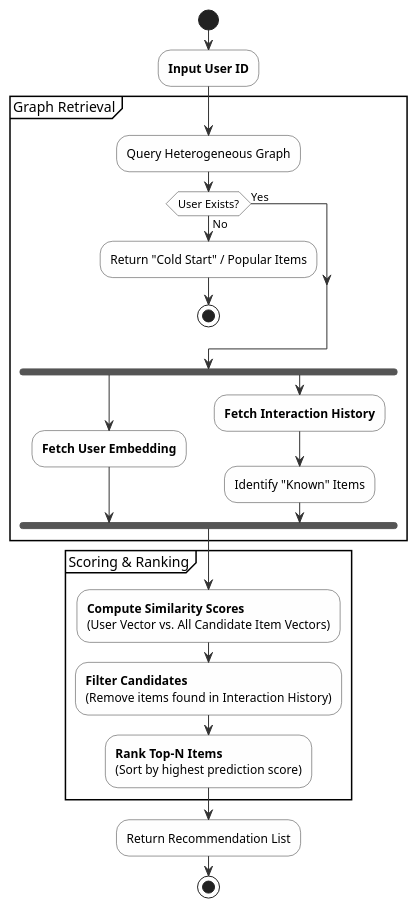
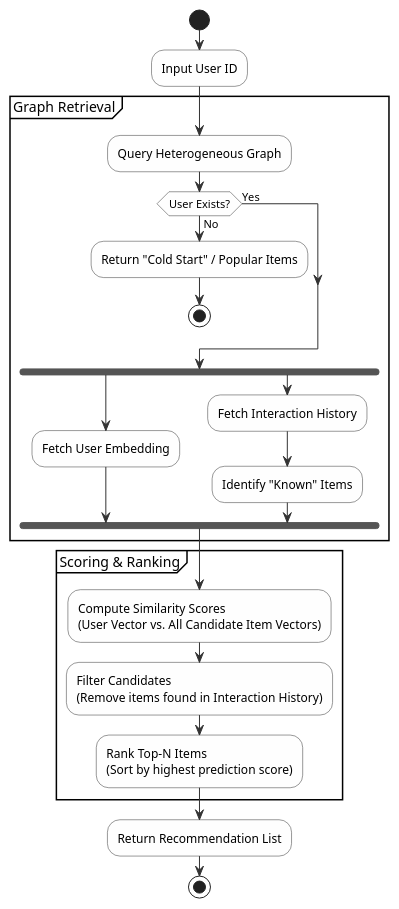
The diagram in docs/Milestone 4/inference.plantuml (markopolo139/Generic-Recommender-Semantics-Put), drawn with PlantUML before and after one commit. The commit also changed 1 other file, not shown here.

Commit message:
remove bold text from UML diagrams

```diff
--- a/docs/Milestone 4/inference.plantuml
+++ b/docs/Milestone 4/inference.plantuml
@@ -1,44 +1,44 @@
 @startuml
 skinparam backgroundColor white
 skinparam activity {
   BackgroundColor #FEFEFE
   BorderColor #333333
   ArrowColor #333333
 }
 
 start
 
-:<b>Input User ID</b>;
+:Input User ID;
 
 partition "Graph Retrieval" {
     :Query Heterogeneous Graph;
     
     if (User Exists?) then (No)
         :Return "Cold Start" / Popular Items;
         stop
     else (Yes)
     endif
     
     fork
-        :<b>Fetch User Embedding</b>;
+        :Fetch User Embedding;
     fork again
-        :<b>Fetch Interaction History</b>;
+        :Fetch Interaction History;
         :Identify "Known" Items;
     end fork
 }
 
 partition "Scoring & Ranking" {
-    :<b>Compute Similarity Scores</b>
+    :Compute Similarity Scores
     (User Vector vs. All Candidate Item Vectors);
     
-    :<b>Filter Candidates</b>
+    :Filter Candidates
     (Remove items found in Interaction History);
     
-    :<b>Rank Top-N Items</b>
+    :Rank Top-N Items
     (Sort by highest prediction score);
 }
 
 :Return Recommendation List;
 
 stop
 @enduml
```
